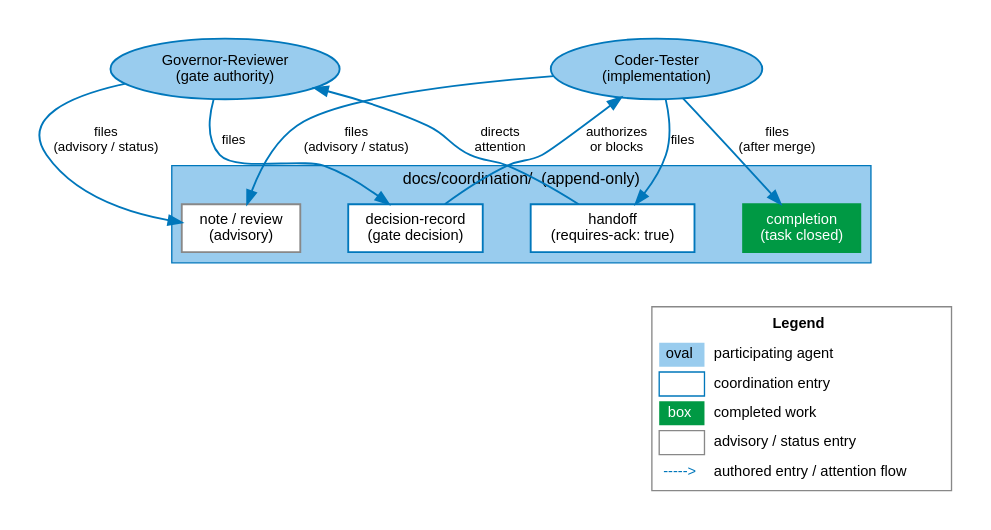
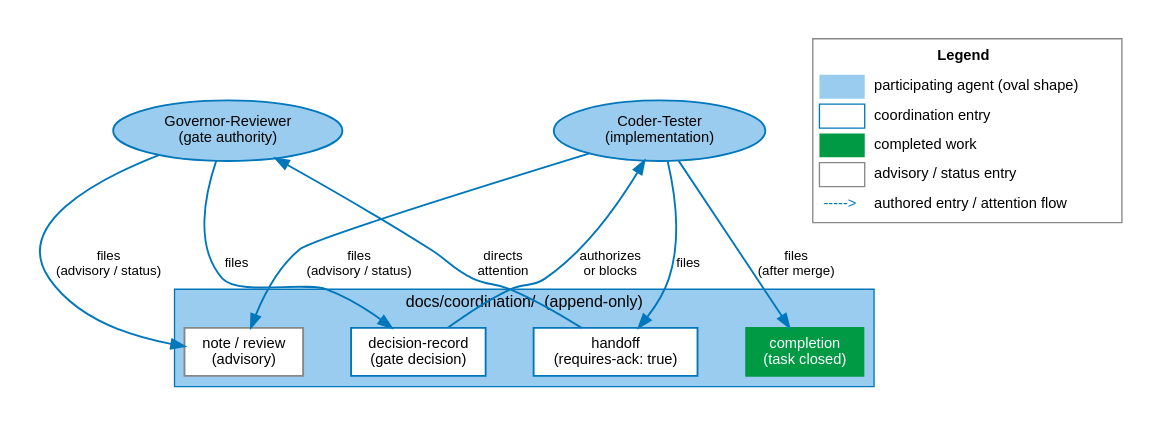
One commit to janipaijanen/agf-mirror changed the diagram in agf/docs/figures/src/coordination-channel.dot. Above: the diagram before and after it, drawn with Graphviz. The commit also changed 15 other files, not shown here.

First line of the commit message:
fix: remove leftover shape-name text from diagram legend swatches

```diff
--- a/agf/docs/figures/src/coordination-channel.dot
+++ b/agf/docs/figures/src/coordination-channel.dot
@@ -1,51 +1,51 @@
 // SPDX-License-Identifier: CC-BY-SA-4.0
 // agents-govern: coordination channel and handoff resolution
 // Generate: dot -Tsvg coordination-channel.dot -o ../coordination-channel.svg
 digraph coord_channel {
     graph [rankdir=TB, splines=spline, pad=0.3, nodesep=0.5, ranksep=0.55,
            bgcolor=white, fontname="Helvetica", fontsize=12]
     node  [fontname="Helvetica", fontsize=11, style=filled, shape=box,
            fillcolor=white, color="#0077BB", penwidth=1.4]
     edge  [fontname="Helvetica", fontsize=10, color="#0077BB", penwidth=1.4]
 
     subgraph cluster_channel {
         label="docs/coordination/  (append-only)"
         style=filled
         fillcolor="#99CCEE"
         color="#0077BB"
         fontname="Helvetica"
         fontsize=12
 
         handoff   [label="handoff\n(requires-ack: true)", fillcolor=white]
         decision  [label="decision-record\n(gate decision)", fillcolor=white]
         completion [label="completion\n(task closed)", fillcolor="#009944",
                    fontcolor=white, color="#009944"]
         note      [label="note / review\n(advisory)", fillcolor=white,
                    color="#888888"]
     }
 
     agent_a  [label="Coder-Tester\n(implementation)", shape=ellipse,
               fillcolor="#99CCEE"]
     agent_b  [label="Governor-Reviewer\n(gate authority)", shape=ellipse,
               fillcolor="#99CCEE"]
 
     agent_a  -> handoff   [label="files"]
     handoff  -> agent_b   [label="directs\nattention"]
     agent_b  -> decision  [label="files"]
     decision -> agent_a   [label="authorizes\nor blocks"]
     agent_a  -> completion [label="files\n(after merge)"]
     agent_a  -> note      [label="files\n(advisory / status)"]
     agent_b  -> note      [label="files\n(advisory / status)"]
 
     legend [shape=plain, label=<
         <TABLE BORDER="1" CELLBORDER="0" CELLSPACING="4" CELLPADDING="3" COLOR="#888888" BGCOLOR="white">
             <TR><TD COLSPAN="2"><B>Legend</B></TD></TR>
-            <TR><TD BGCOLOR="#99CCEE" WIDTH="28">oval</TD><TD ALIGN="LEFT">participating agent</TD></TR>
+            <TR><TD BGCOLOR="#99CCEE" WIDTH="28"></TD><TD ALIGN="LEFT">participating agent (oval shape)</TD></TR>
             <TR><TD BORDER="1" COLOR="#0077BB" WIDTH="28"></TD><TD ALIGN="LEFT">coordination entry</TD></TR>
-            <TR><TD BGCOLOR="#009944" WIDTH="28"><FONT COLOR="white">box</FONT></TD><TD ALIGN="LEFT">completed work</TD></TR>
+            <TR><TD BGCOLOR="#009944" WIDTH="28"></TD><TD ALIGN="LEFT">completed work</TD></TR>
             <TR><TD BORDER="1" COLOR="#888888" WIDTH="28"></TD><TD ALIGN="LEFT">advisory / status entry</TD></TR>
             <TR><TD><FONT COLOR="#0077BB">-----&gt;</FONT></TD><TD ALIGN="LEFT">authored entry / attention flow</TD></TR>
         </TABLE>
     >]
-    completion -> legend [style=invis]
+    {rank=same; legend; agent_a}
 }
```
